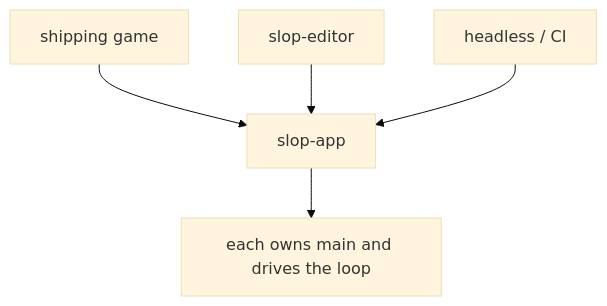
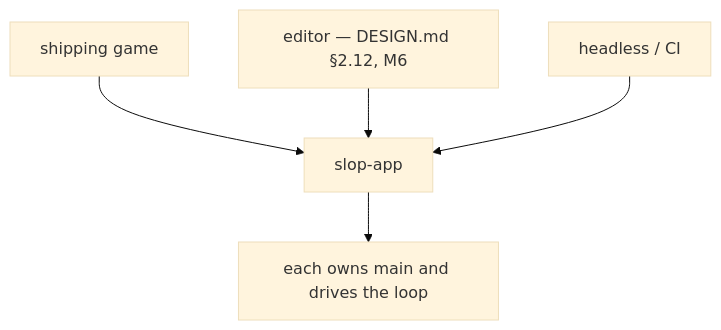
Before and after one commit to adamloec/slop: the first of 3 diagrams in docs/slop-app/README.md, drawn with Mermaid (base theme). The commit also changed other lines of this file and 9 other files, not shown here.

````diff
--- a/docs/slop-app/README.md
+++ b/docs/slop-app/README.md
@@ -37,13 +49,13 @@
 ```mermaid
 flowchart TD
     app["slop-app"]
     game["shipping game"]
-    editor["slop-editor"]
+    editor["editor — DESIGN.md §2.12, M6"]
     headless["headless / CI"]
 
     game --> app
     editor --> app
     headless --> app
 
     app --> owns["each owns main and drives the loop"]
 ```
````
